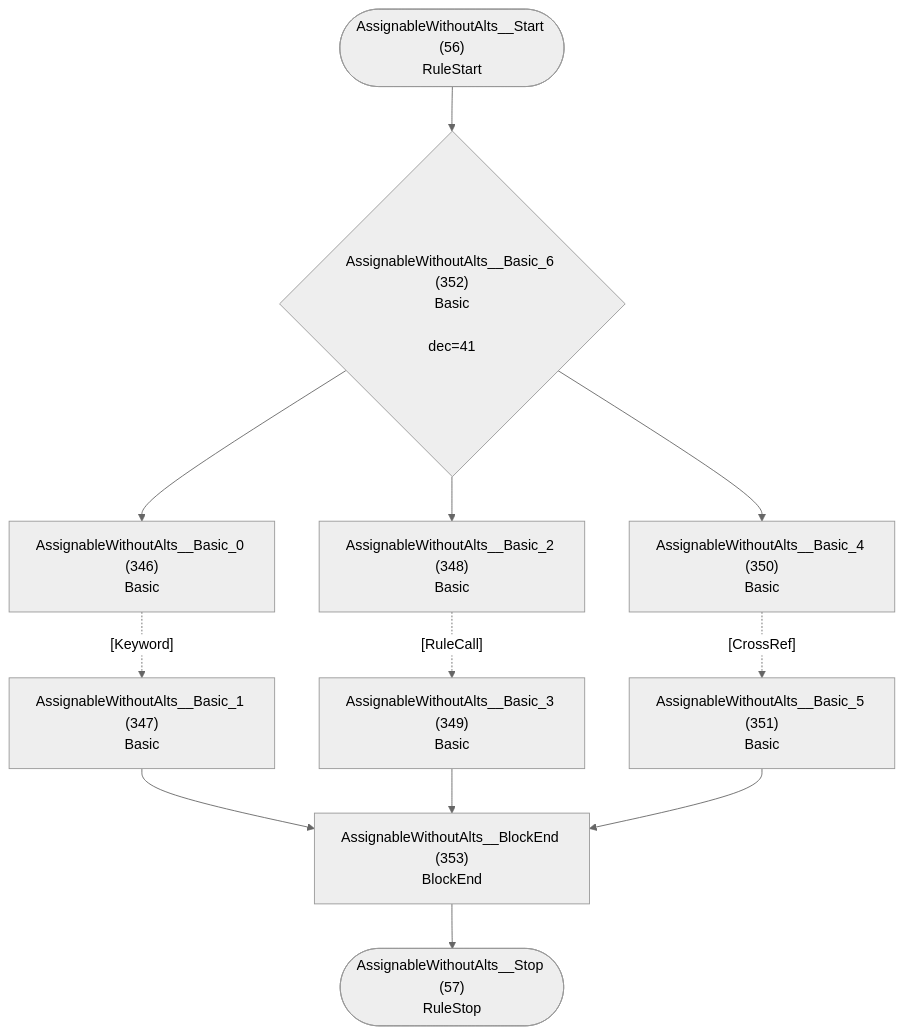
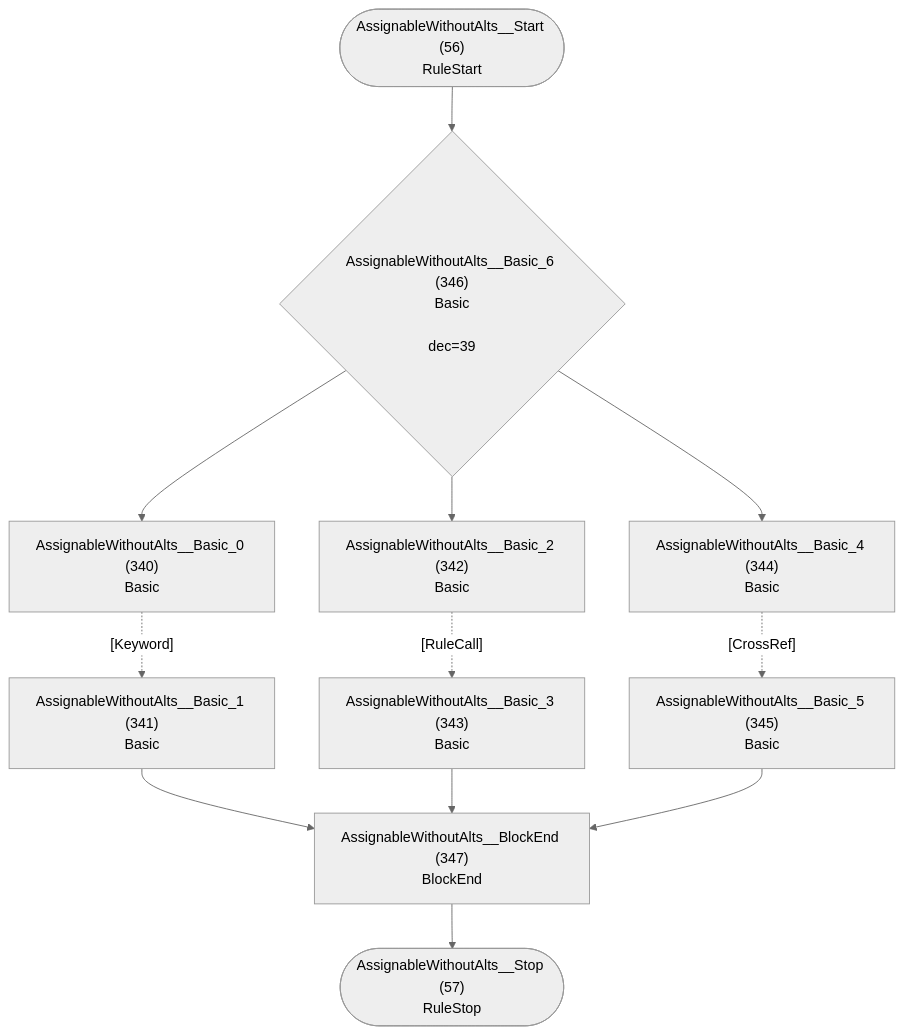
One commit to TypeFox/fastbelt changed diagram 29 of 40 in internal/grammar/atn.md. Above: the diagram before and after it, drawn with Mermaid (neutral theme). The commit also changed other lines of this file and 12 other files, not shown here.

````diff
--- a/internal/grammar/atn.md
+++ b/internal/grammar/atn.md
@@ -877,25 +863,25 @@
 ```mermaid
 flowchart TD
     q56(["AssignableWithoutAlts__Start (56)<br/>RuleStart"])
     q57(["AssignableWithoutAlts__Stop (57)<br/>RuleStop"])
-    q346["AssignableWithoutAlts__Basic_0 (346)<br/>Basic<br/>"]
-    q347["AssignableWithoutAlts__Basic_1 (347)<br/>Basic<br/>"]
-    q348["AssignableWithoutAlts__Basic_2 (348)<br/>Basic<br/>"]
-    q349["AssignableWithoutAlts__Basic_3 (349)<br/>Basic<br/>"]
-    q350["AssignableWithoutAlts__Basic_4 (350)<br/>Basic<br/>"]
-    q351["AssignableWithoutAlts__Basic_5 (351)<br/>Basic<br/>"]
-    q352{"AssignableWithoutAlts__Basic_6 (352)<br/>Basic<br/><br/>dec=41"}
-    q353["AssignableWithoutAlts__BlockEnd (353)<br/>BlockEnd<br/>"]
+    q340["AssignableWithoutAlts__Basic_0 (340)<br/>Basic<br/>"]
+    q341["AssignableWithoutAlts__Basic_1 (341)<br/>Basic<br/>"]
+    q342["AssignableWithoutAlts__Basic_2 (342)<br/>Basic<br/>"]
+    q343["AssignableWithoutAlts__Basic_3 (343)<br/>Basic<br/>"]
+    q344["AssignableWithoutAlts__Basic_4 (344)<br/>Basic<br/>"]
+    q345["AssignableWithoutAlts__Basic_5 (345)<br/>Basic<br/>"]
+    q346{"AssignableWithoutAlts__Basic_6 (346)<br/>Basic<br/><br/>dec=39"}
+    q347["AssignableWithoutAlts__BlockEnd (347)<br/>BlockEnd<br/>"]
 
-    q56 --> q352
-    q346 -.->|"[Keyword]"| q347
-    q347 --> q353
-    q348 -.->|"[RuleCall]"| q349
-    q349 --> q353
-    q350 -.->|"[CrossRef]"| q351
-    q351 --> q353
-    q352 --> q346
-    q352 --> q348
-    q352 --> q350
-    q353 --> q57
+    q56 --> q346
+    q340 -.->|"[Keyword]"| q341
+    q341 --> q347
+    q342 -.->|"[RuleCall]"| q343
+    q343 --> q347
+    q344 -.->|"[CrossRef]"| q345
+    q345 --> q347
+    q346 --> q340
+    q346 --> q342
+    q346 --> q344
+    q347 --> q57
 ```
````
